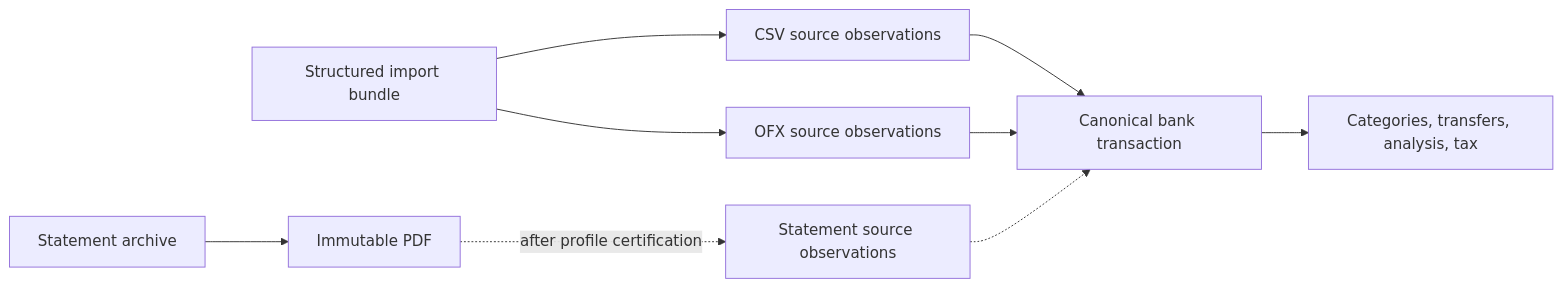
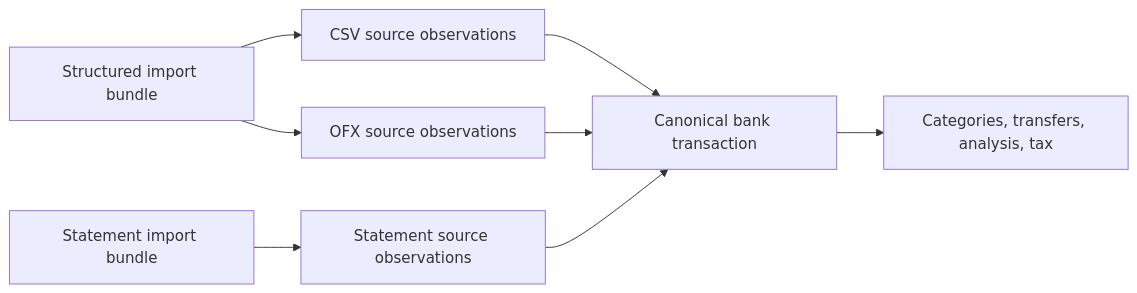
Before and after one commit to AdiRishi/ironcage: the first of 5 diagrams in docs/technical/08-money.mdx, drawn with Mermaid. The commit also changed other lines of this file and 9 other files, not shown here.

Commit message:
docs(money): define transient statement import flow

````diff
--- a/docs/technical/08-money.mdx
+++ b/docs/technical/08-money.mdx
@@ -39,11 +37,10 @@
 ```mermaid
 flowchart LR
     B1["Structured import bundle"] --> C["CSV source observations"]
     B1 --> O["OFX source observations"]
+    B2["Statement import bundle"] --> S["Statement source observations"]
     C --> T["Canonical bank transaction"]
     O --> T
-    P["Statement archive"] --> R["Immutable PDF"]
-    R -.->|"after profile certification"| S["Statement source observations"]
-    S -.-> T
+    S --> T
     T --> A["Categories, transfers, analysis, tax"]
 ```
````
